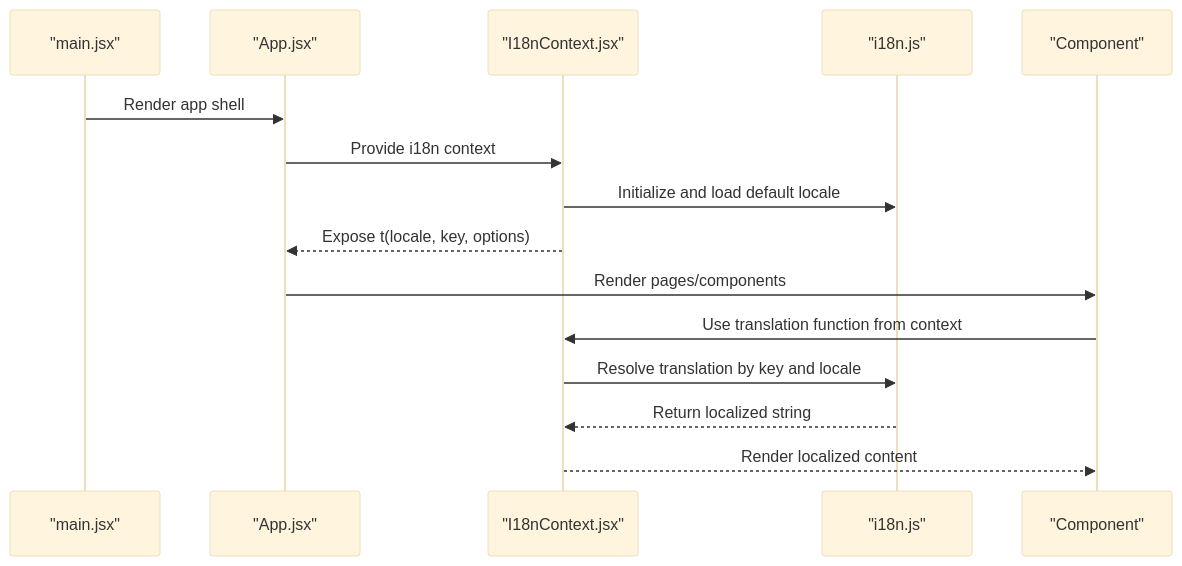
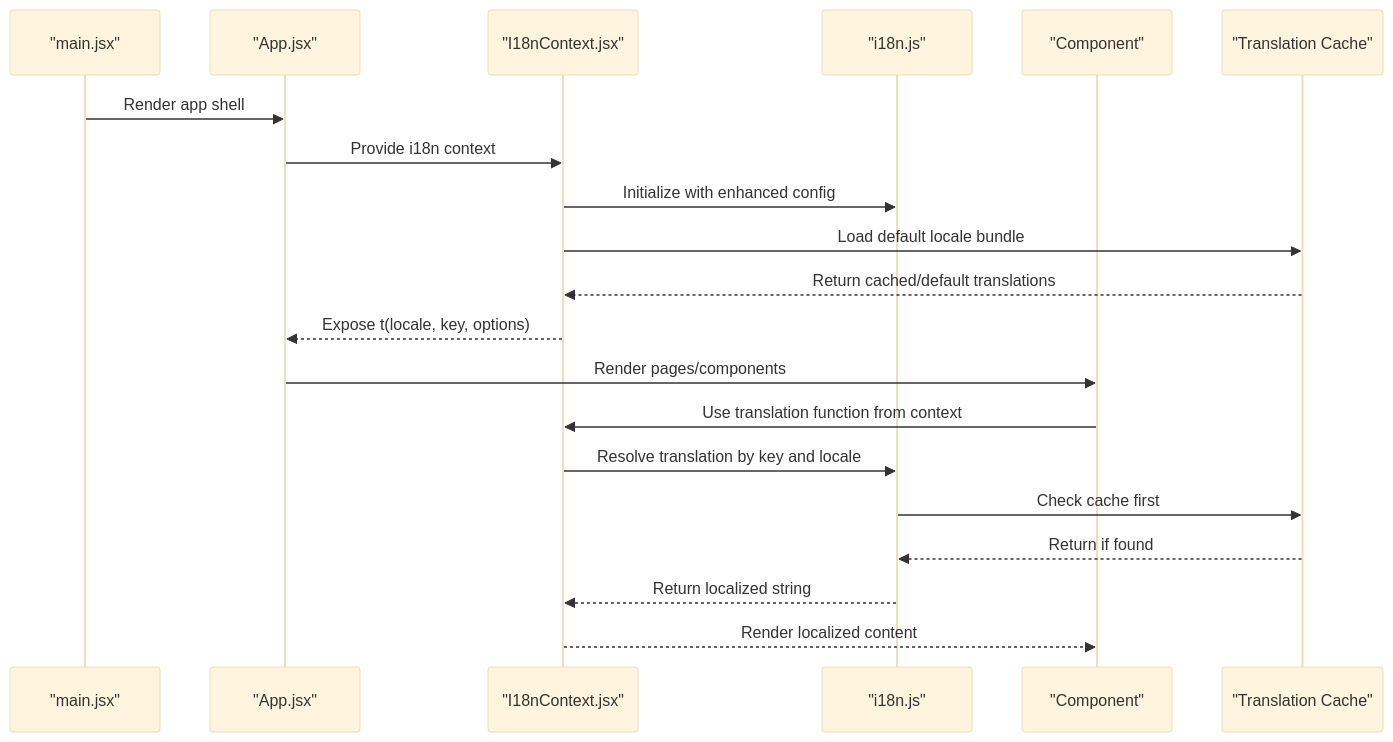
Before and after one commit to zmyeo54/briefroom: the second of 5 diagrams in .qoder/repowiki/en/content/Utility Libraries/Internationalization (i18n).md, drawn with Mermaid (base theme). The commit also changed other lines of this file and 41 other files, not shown here.

First line of the commit message:
docs(core-features): add detailed documentation for Mindmap Visualization and Onboarding Tour System

````diff
--- a/.qoder/repowiki/en/content/Utility Libraries/Internationalization (i18n).md
+++ b/.qoder/repowiki/en/content/Utility Libraries/Internationalization (i18n).md
@@ -90,17 +119,22 @@
 ```mermaid
 sequenceDiagram
 participant M as "main.jsx"
 participant A as "App.jsx"
 participant P as "I18nContext.jsx"
 participant L as "i18n.js"
 participant C as "Component"
+participant Cache as "Translation Cache"
 M->>A : Render app shell
 A->>P : Provide i18n context
-P->>L : Initialize and load default locale
+P->>L : Initialize with enhanced config
+P->>Cache : Load default locale bundle
+Cache-->>P : Return cached/default translations
 P-->>A : Expose t(locale, key, options)
 A->>C : Render pages/components
 C->>P : Use translation function from context
 P->>L : Resolve translation by key and locale
+L->>Cache : Check cache first
+Cache-->>L : Return if found
 L-->>P : Return localized string
 P-->>C : Render localized content
 ```
````
